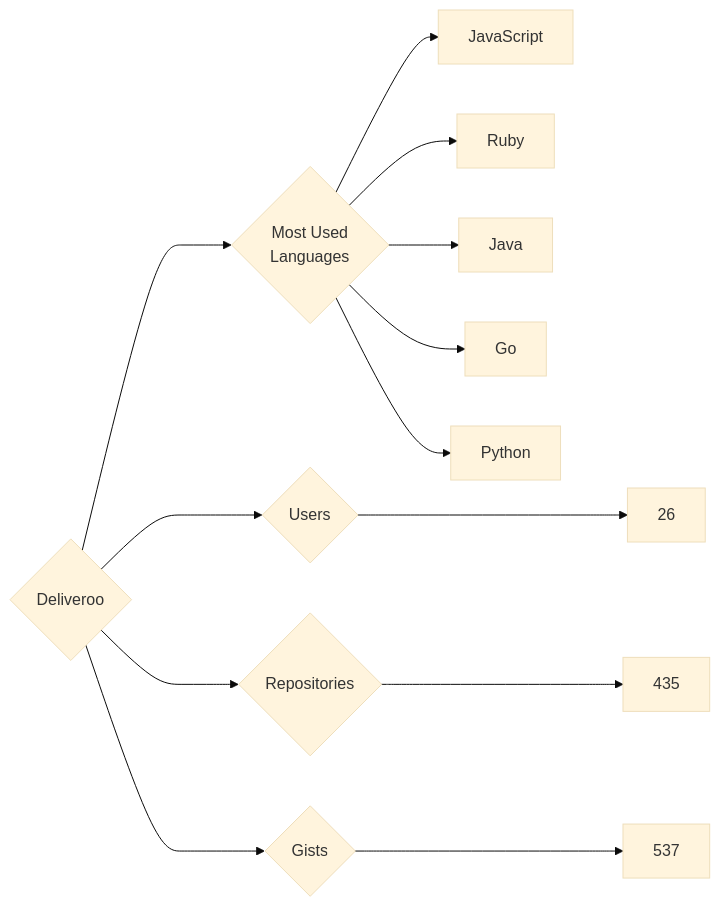
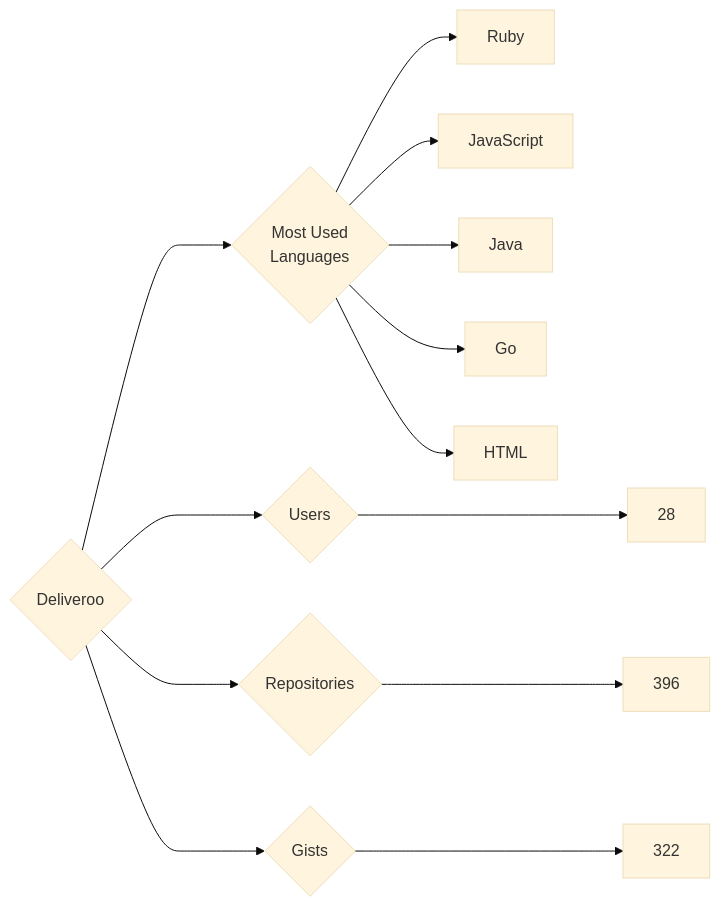
The diagram in targets/Deliveroo/README.md (trickest/insiders), drawn with Mermaid (base theme) before and after one commit. The commit also changed 773 other files, not shown here.

````diff
--- a/targets/Deliveroo/README.md
+++ b/targets/Deliveroo/README.md
@@ -3,13 +3,13 @@
 ```mermaid
 graph LR
 COMPANY_NAME{Deliveroo}
-COMPANY_NAME ---> U{Users} ---> UN[26]
-COMPANY_NAME ---> R{Repositories} ---> RN[435]
-COMPANY_NAME ---> G{Gists} ---> GN[537]
+COMPANY_NAME ---> U{Users} ---> UN[28]
+COMPANY_NAME ---> R{Repositories} ---> RN[396]
+COMPANY_NAME ---> G{Gists} ---> GN[322]
 COMPANY_NAME ---> ML{Most Used<br>Languages}
+ML --> Ruby[Ruby]
 ML --> JavaScript[JavaScript]
-ML --> Ruby[Ruby]
 ML --> Java[Java]
 ML --> Go[Go]
-ML --> Python[Python]
+ML --> HTML[HTML]
 ```
````
